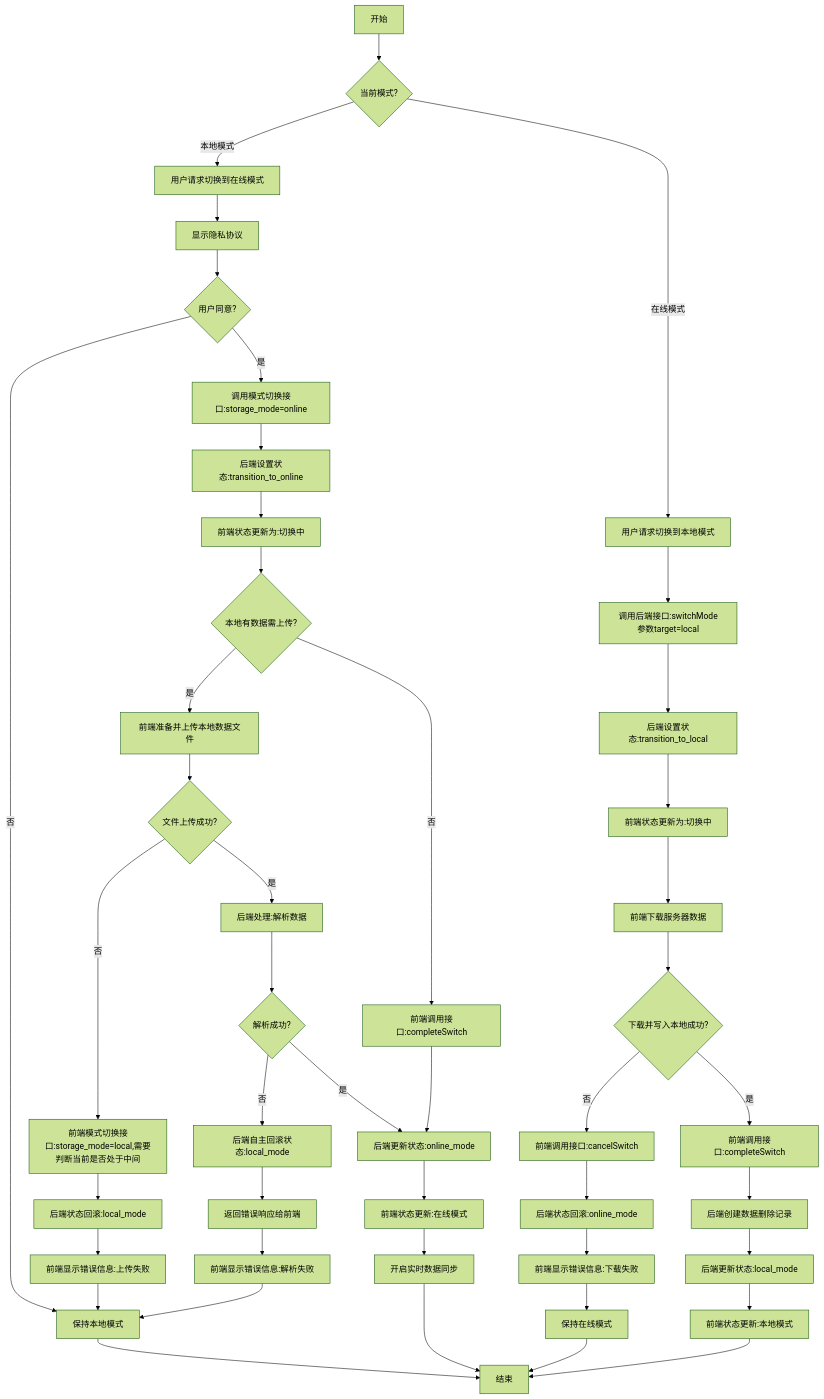
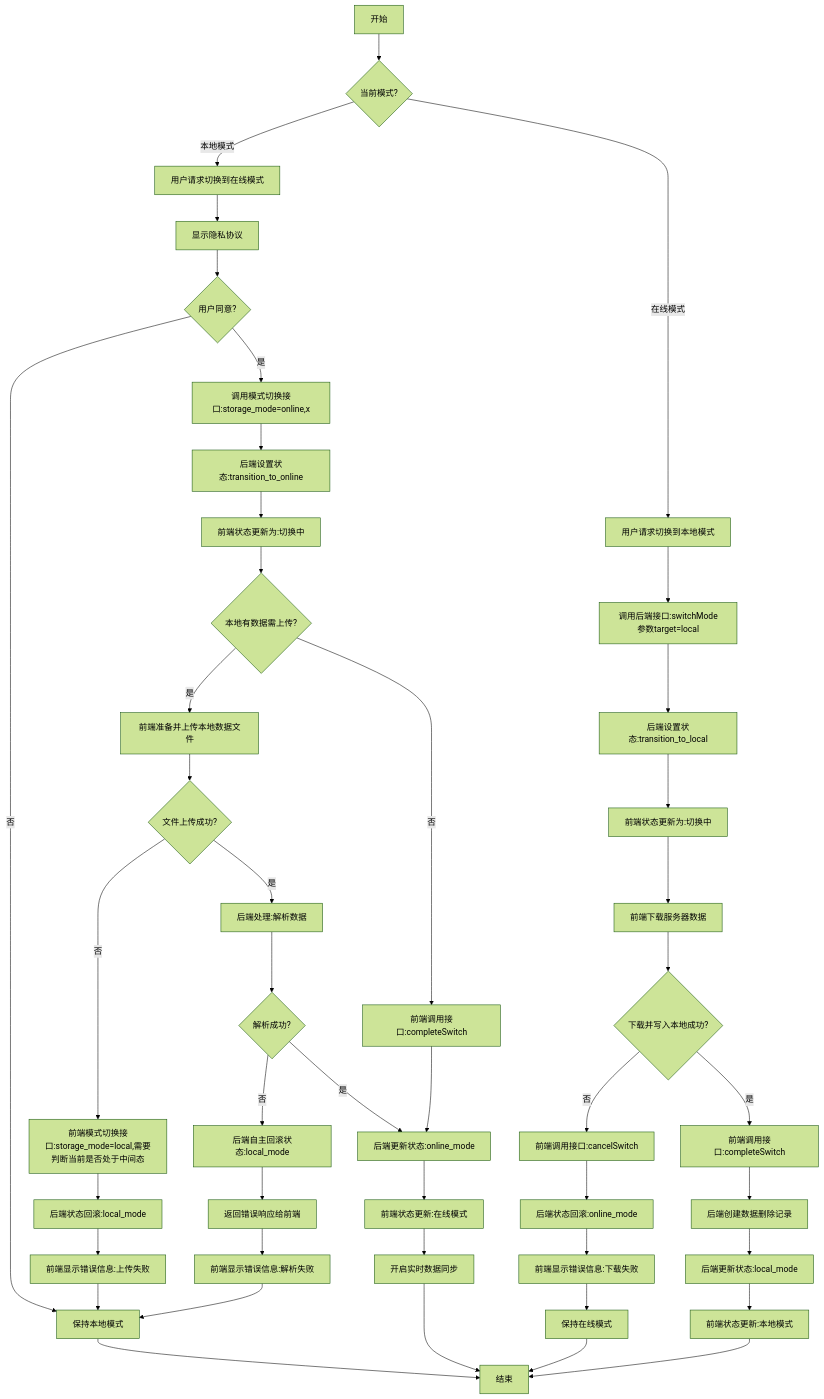
The diagram in all/未命名-58.md (yingjianzh/iodraw-files), drawn with Mermaid (forest theme) before and after one commit.

Commit message:
2025-05-14 10:44:24 update

````diff
--- a/all/未命名-58.md
+++ b/all/未命名-58.md
@@ -1,68 +1,68 @@
 ```mermaid
 flowchart TD
     A[开始] --> B{当前模式?}
     
     %% 本地模式转在线模式
     B -->|本地模式| C[用户请求切换到在线模式]
     C --> D[显示隐私协议]
     D --> E{用户同意?}
 
     E -->|否| F[保持本地模式]
     F --> Z[结束]
     
-    E -->|是| G[调用模式切换接口:storage_mode=online]
+    E -->|是| G[调用模式切换接口:storage_mode=online,x]
     G --> H[后端设置状态:transition_to_online]
     H --> I[前端状态更新为:切换中]
     
     I --> J{本地有数据需上传?}
     
     %% 有本地数据需上传的情况
     J -->|是| K[前端准备并上传本地数据文件]
     K --> L{文件上传成功?}
     
     %% 上传失败的情况
-    L -->|否| M[前端模式切换接口:storage_mode=local,需要判断当前是否处于中间]
+    L -->|否| M[前端模式切换接口:storage_mode=local,需要判断当前是否处于中间态]
     M --> N[后端状态回滚:local_mode]
     N --> O[前端显示错误信息:上传失败]
     O --> F
     
     %% 上传成功但解析失败的情况
     L -->|是| P[后端处理:解析数据]
     P --> Q{解析成功?}
     Q -->|否| R[后端自主回滚状态:local_mode]
     R --> S[返回错误响应给前端]
     S --> T[前端显示错误信息:解析失败]
     T --> F
     
     %% 全部成功的情况
     Q -->|是| U[后端更新状态:online_mode]
     J -->|否| V[前端调用接口:completeSwitch]
     V --> U
     
     U --> W[前端状态更新:在线模式]
     W --> X[开启实时数据同步]
     X --> Z
     
     %% 在线模式转本地模式
     B -->|在线模式| AA[用户请求切换到本地模式]
     AA --> AB[调用后端接口:switchMode参数target=local]
     AB --> AC[后端设置状态:transition_to_local]
     AC --> AD[前端状态更新为:切换中]
     
     AD --> AE[前端下载服务器数据]
     AE --> AF{下载并写入本地成功?}
     
     %% 下载失败的情况
     AF -->|否| AG[前端调用接口:cancelSwitch]
     AG --> AH[后端状态回滚:online_mode]
     AH --> AI[前端显示错误信息:下载失败]
     AI --> AJ[保持在线模式]
     AJ --> Z
     
     %% 下载成功的情况
     AF -->|是| AK[前端调用接口:completeSwitch]
     AK --> AL[后端创建数据删除记录]
     AL --> AM[后端更新状态:local_mode]
     AM --> AN[前端状态更新:本地模式]
     AN --> Z
 ```
````
